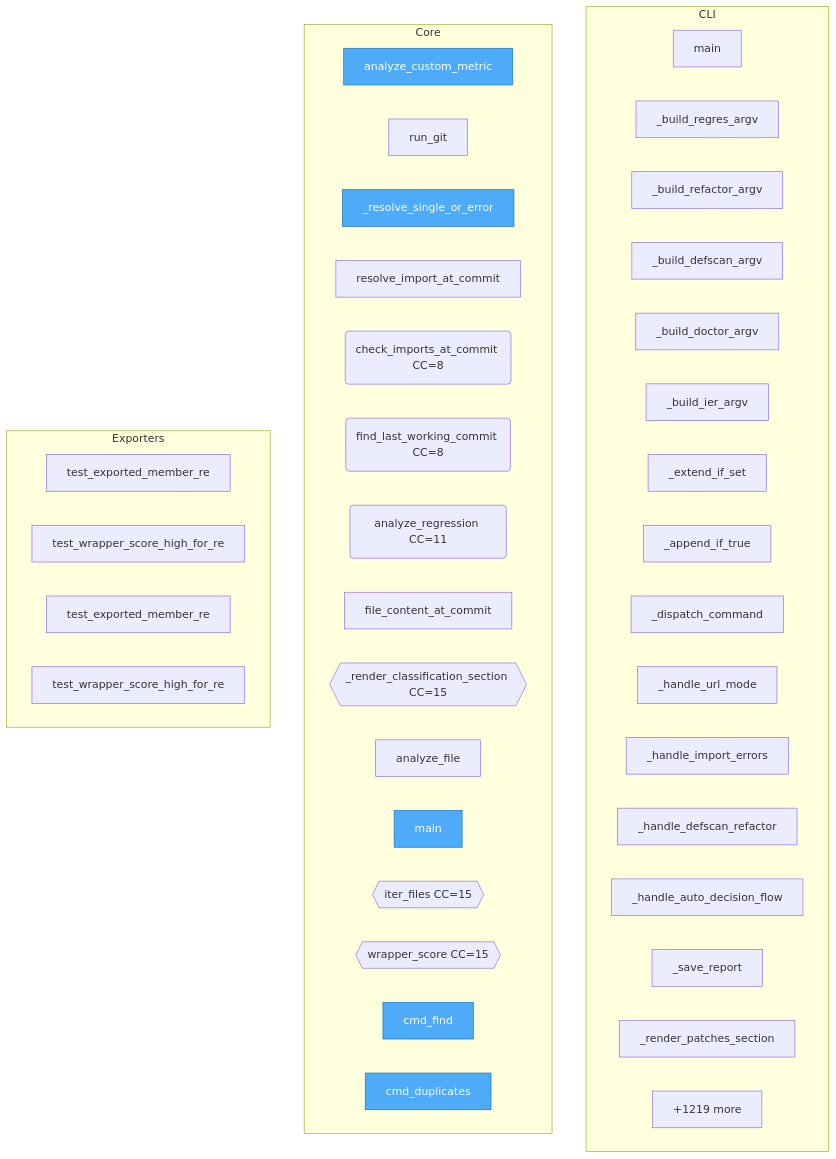
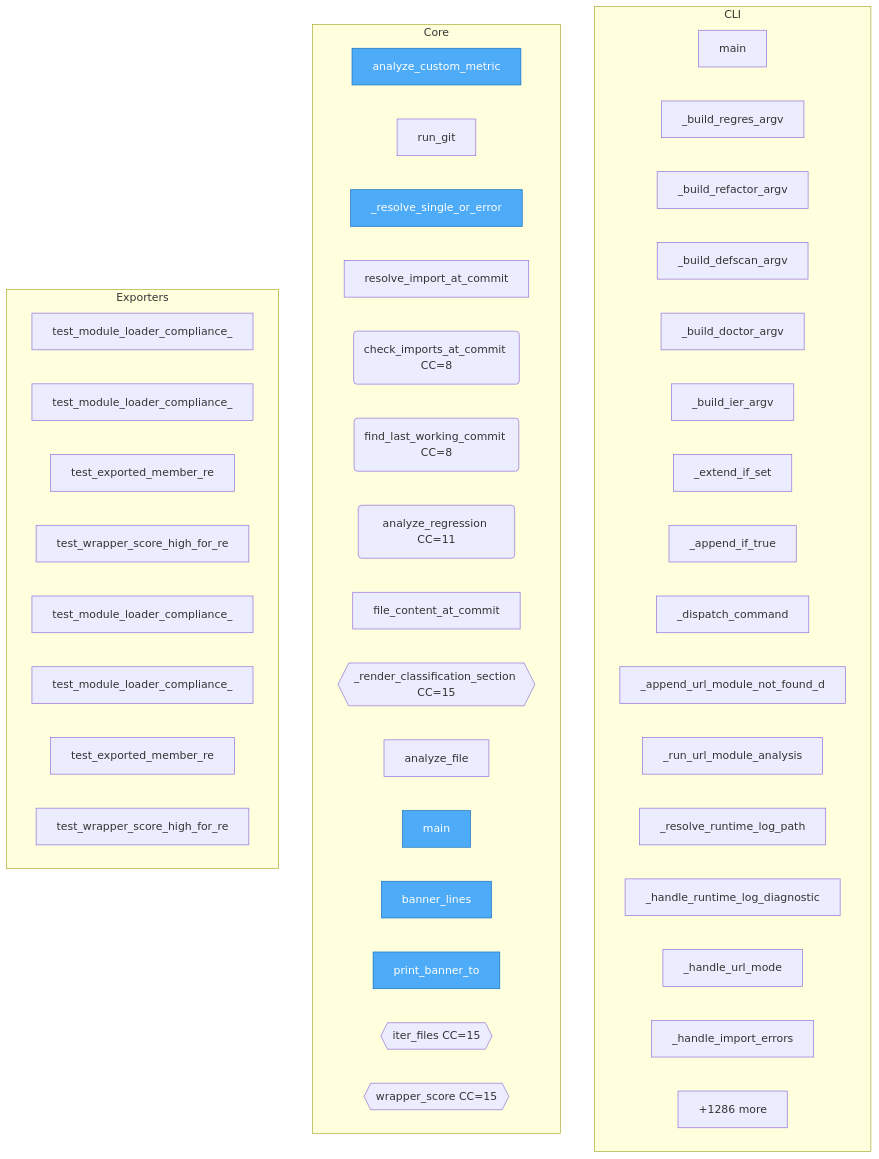
Before and after one commit to semcod/regres: the diagram in project/flow.mmd, drawn with Mermaid. The commit also changed 27 other files, not shown here.

```diff
--- a/project/flow.mmd
+++ b/project/flow.mmd
@@ -1,51 +1,55 @@
 flowchart TD
 
     %% Entry points (blue)
     classDef entry fill:#4dabf7,stroke:#1971c2,color:#fff
 
     subgraph CLI
         regres__regres_cli__main["main"]
         regres__regres_cli___build_regres_argv["_build_regres_argv"]
         regres__regres_cli___build_refactor_argv["_build_refactor_argv"]
         regres__regres_cli___build_defscan_argv["_build_defscan_argv"]
         regres__regres_cli___build_doctor_argv["_build_doctor_argv"]
         regres__regres_cli___build_ier_argv["_build_ier_argv"]
         regres__regres_cli___extend_if_set["_extend_if_set"]
         regres__regres_cli___append_if_true["_append_if_true"]
         regres__regres_cli___dispatch_command["_dispatch_command"]
+        regres__doctor_cli___append_url_module_not_found_diagnosis["_append_url_module_not_found_d"]
+        regres__doctor_cli___run_url_module_analysis["_run_url_module_analysis"]
+        regres__doctor_cli___resolve_runtime_log_path["_resolve_runtime_log_path"]
+        regres__doctor_cli___handle_runtime_log_diagnostics["_handle_runtime_log_diagnostic"]
         regres__doctor_cli___handle_url_mode["_handle_url_mode"]
         regres__doctor_cli___handle_import_errors["_handle_import_errors"]
-        regres__doctor_cli___handle_defscan_refactor["_handle_defscan_refactor"]
-        regres__doctor_cli___handle_auto_decision_flow["_handle_auto_decision_flow"]
-        regres__doctor_cli___save_report["_save_report"]
-        regres__doctor_cli___render_patches_section["_render_patches_section"]
-        ...["+3 more"]
+        ...["+7 more"]
     end
 
     subgraph Core
         docs__DOCTOR__analyze_custom_metric["analyze_custom_metric"]
         regres__regres__run_git["run_git"]
         regres__regres___resolve_single_or_error["_resolve_single_or_error"]
         regres__regres__resolve_import_at_commit["resolve_import_at_commit"]
         regres__regres__check_imports_at_commit("check_imports_at_commit CC=8")
         regres__regres__find_last_working_commit("find_last_working_commit CC=8")
         regres__regres__analyze_regression("analyze_regression CC=11")
         regres__regres__file_content_at_commit["file_content_at_commit"]
         regres__regres___render_classification_section{{_render_classification_section CC=15}}
         regres__regres__analyze_file["analyze_file"]
         regres__regres__main["main"]
+        regres__doctor_config__DoctorConfig__banner_lines["banner_lines"]
+        regres__doctor_config__DoctorConfig__print_banner_to["print_banner_to"]
         regres__refactor__iter_files{{iter_files CC=15}}
         regres__refactor__wrapper_score{{wrapper_score CC=15}}
-        regres__refactor__cmd_find["cmd_find"]
-        regres__refactor__cmd_duplicates["cmd_duplicates"]
-        ...["+1219 more"]
+        ...["+1286 more"]
     end
 
     subgraph Exporters
+        project__map__toon__test_module_loader_compliance_passes_with_default_export["test_module_loader_compliance_"]
+        project__map__toon__test_module_loader_compliance_flags_view_only_export["test_module_loader_compliance_"]
+        project__map__toon__test_exported_member_re["test_exported_member_re"]
+        project__map__toon__test_wrapper_score_high_for_reexport["test_wrapper_score_high_for_re"]
+        SUMD__test_module_loader_compliance_passes_with_default_export["test_module_loader_compliance_"]
+        SUMD__test_module_loader_compliance_flags_view_only_export["test_module_loader_compliance_"]
         SUMD__test_exported_member_re["test_exported_member_re"]
         SUMD__test_wrapper_score_high_for_reexport["test_wrapper_score_high_for_re"]
-        project__map__toon__test_exported_member_re["test_exported_member_re"]
-        project__map__toon__test_wrapper_score_high_for_reexport["test_wrapper_score_high_for_re"]
     end
 
-    class docs__DOCTOR__analyze_custom_metric,regres__regres___resolve_single_or_error,regres__regres__main,regres__refactor__cmd_find,regres__refactor__cmd_duplicates,regres__refactor__cmd_similar,regres__refactor__cmd_symbols,regres__refactor__cmd_wrappers,regres__refactor__cmd_dead,regres__refactor__cmd_diff entry
+    class docs__DOCTOR__analyze_custom_metric,regres__regres___resolve_single_or_error,regres__regres__main,regres__doctor_config__DoctorConfig__banner_lines,regres__doctor_config__DoctorConfig__print_banner_to,regres__refactor__cmd_find,regres__refactor__cmd_duplicates,regres__refactor__cmd_similar,regres__refactor__cmd_symbols,regres__refactor__cmd_wrappers entry
```
